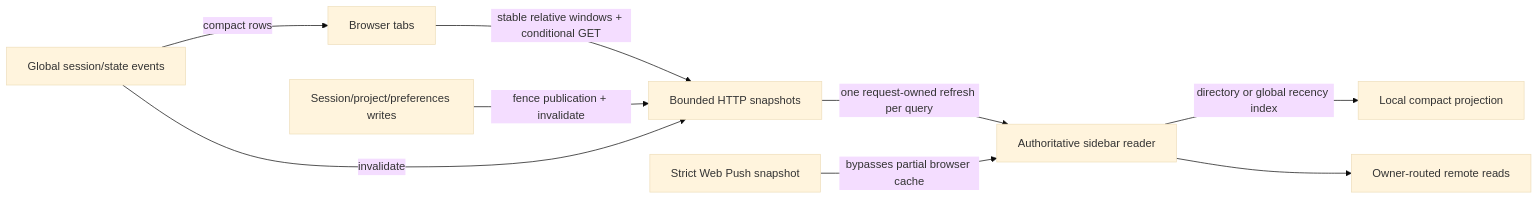
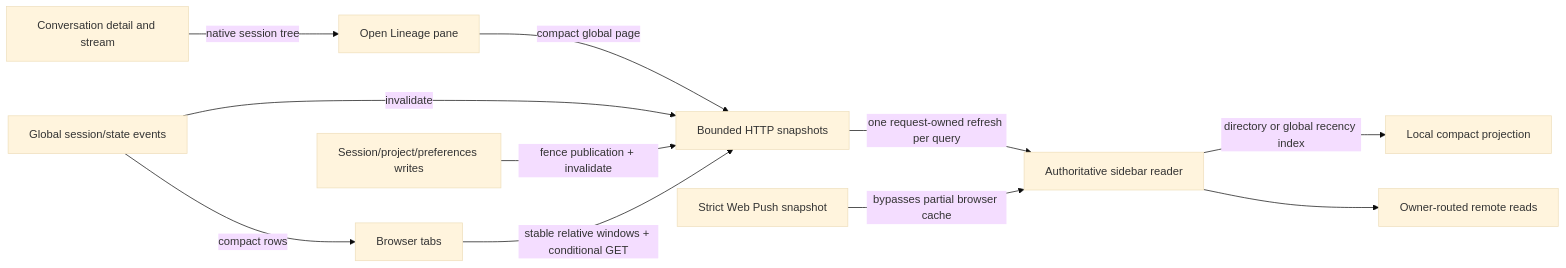
Diagram 12 of 19 in docs/other/architecture.md (ocman/ocman), drawn with Mermaid (base theme) before and after one commit. The commit also changed other lines of this file, not shown here.

Commit message:
docs(sessions): describe lineage data sources

````diff
--- a/docs/other/architecture.md
+++ b/docs/other/architecture.md
@@ -1521,11 +1521,13 @@
 ```mermaid
 flowchart LR
     Tabs[Browser tabs] -->|stable relative windows + conditional GET| Snapshots[Bounded HTTP snapshots]
+    Lineage[Open Lineage pane] -->|compact global page| Snapshots
+    Detail[Conversation detail and stream] -->|native session tree| Lineage
     Snapshots -->|one request-owned refresh per query| Sidebar[Authoritative sidebar reader]
     Sidebar -->|directory or global recency index| Local[Local compact projection]
     Sidebar --> Remotes[Owner-routed remote reads]
     Mutations[Session/project/preferences writes] -->|fence publication + invalidate| Snapshots
     Events[Global session/state events] -->|invalidate| Snapshots
     Events -->|compact rows| Tabs
     Push[Strict Web Push snapshot] -->|bypasses partial browser cache| Sidebar
 ```
````
